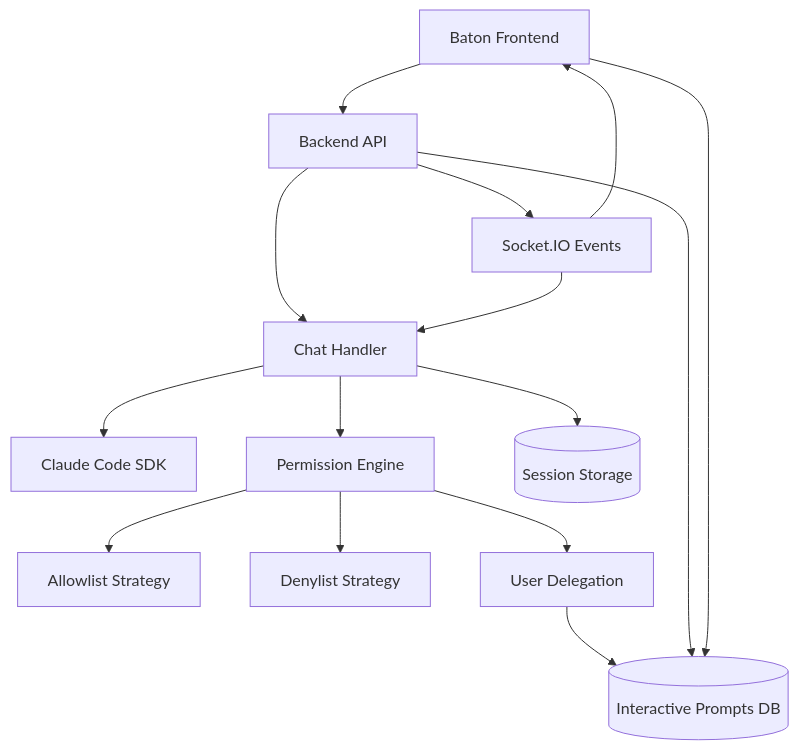
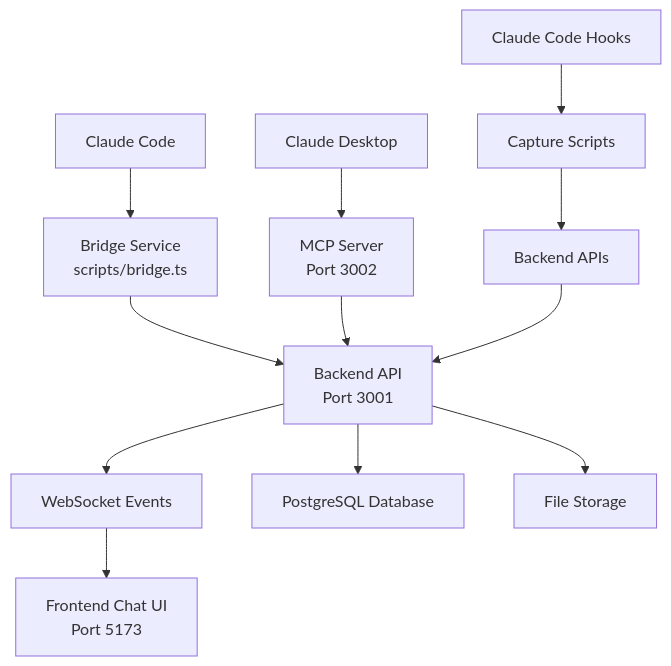
One commit to hasangilak/baton changed the diagram in docs/CLAUDE_CODE_INTEGRATION.md. Above: the diagram before and after it, drawn with Mermaid. The commit also changed other lines of this file and 16 other files, not shown here.

````diff
--- a/docs/CLAUDE_CODE_INTEGRATION.md
+++ b/docs/CLAUDE_CODE_INTEGRATION.md
@@ -31,21 +40,17 @@
 ```mermaid
 graph TB
-    UI[Baton Frontend] --> API[Backend API]
-    API --> Handler[Chat Handler]
-    Handler --> Claude[Claude Code SDK]
+    A[Claude Code] --> B[Bridge Service<br/>scripts/bridge.ts]
+    B --> C[Backend API<br/>Port 3001]
+    C --> D[WebSocket Events]
+    D --> E[Frontend Chat UI<br/>Port 5173]
     
-    API --> Socket[Socket.IO Events]
-    Socket --> UI
-    Socket --> Handler
+    F[Claude Desktop] --> G[MCP Server<br/>Port 3002]
+    G --> C
     
-    Handler --> PermissionEngine[Permission Engine]
-    PermissionEngine --> Allowlist[Allowlist Strategy]
-    PermissionEngine --> Denylist[Denylist Strategy] 
-    PermissionEngine --> UserPrompt[User Delegation]
+    H[Claude Code Hooks] --> I[Capture Scripts]
+    I --> J[Backend APIs]
+    J --> C
     
-    UserPrompt --> PromptDB[(Interactive Prompts DB)]
-    API --> PromptDB
-    UI --> PromptDB
-    
-    Handler --> SessionDB[(Session Storage)]
+    C --> K[PostgreSQL Database]
+    C --> L[File Storage]
 ```
````
